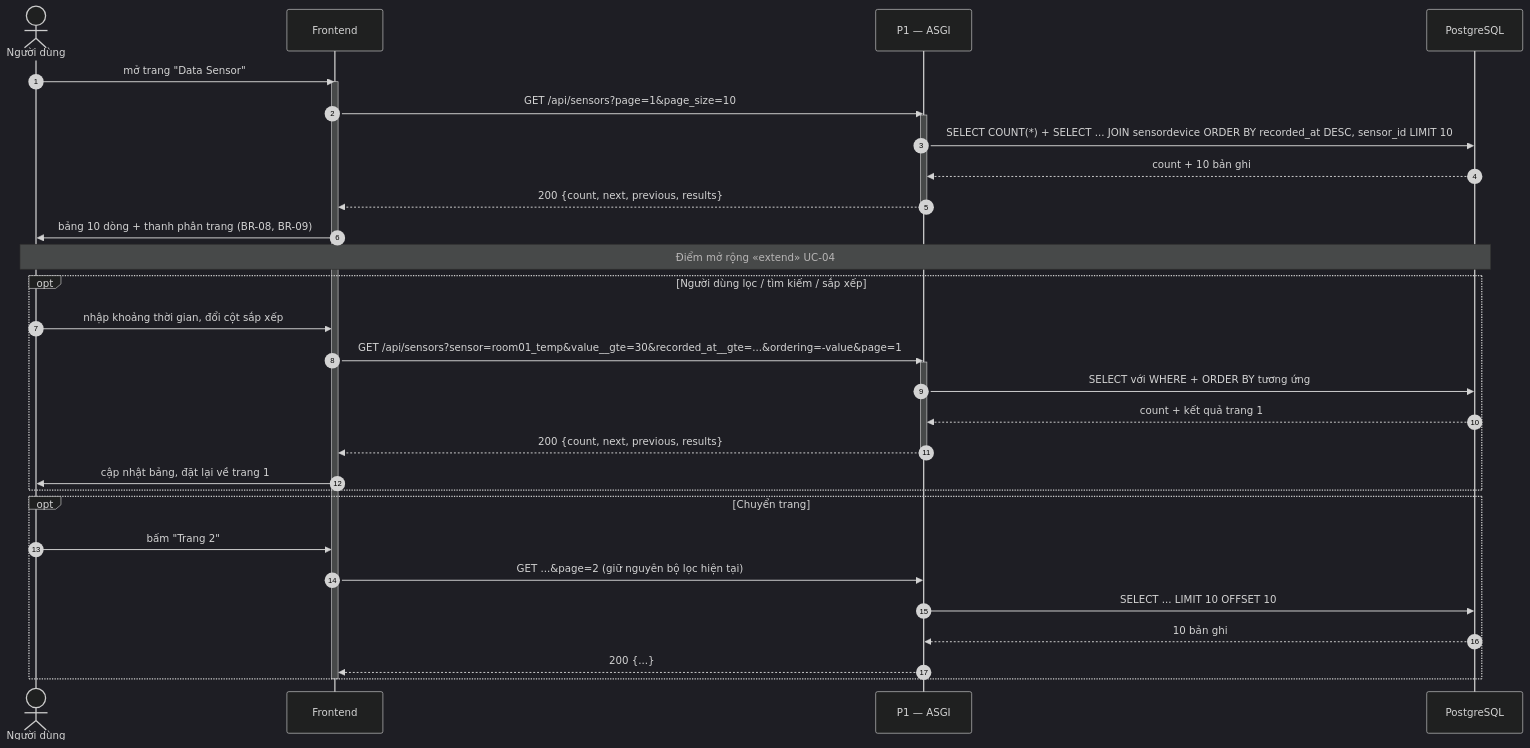
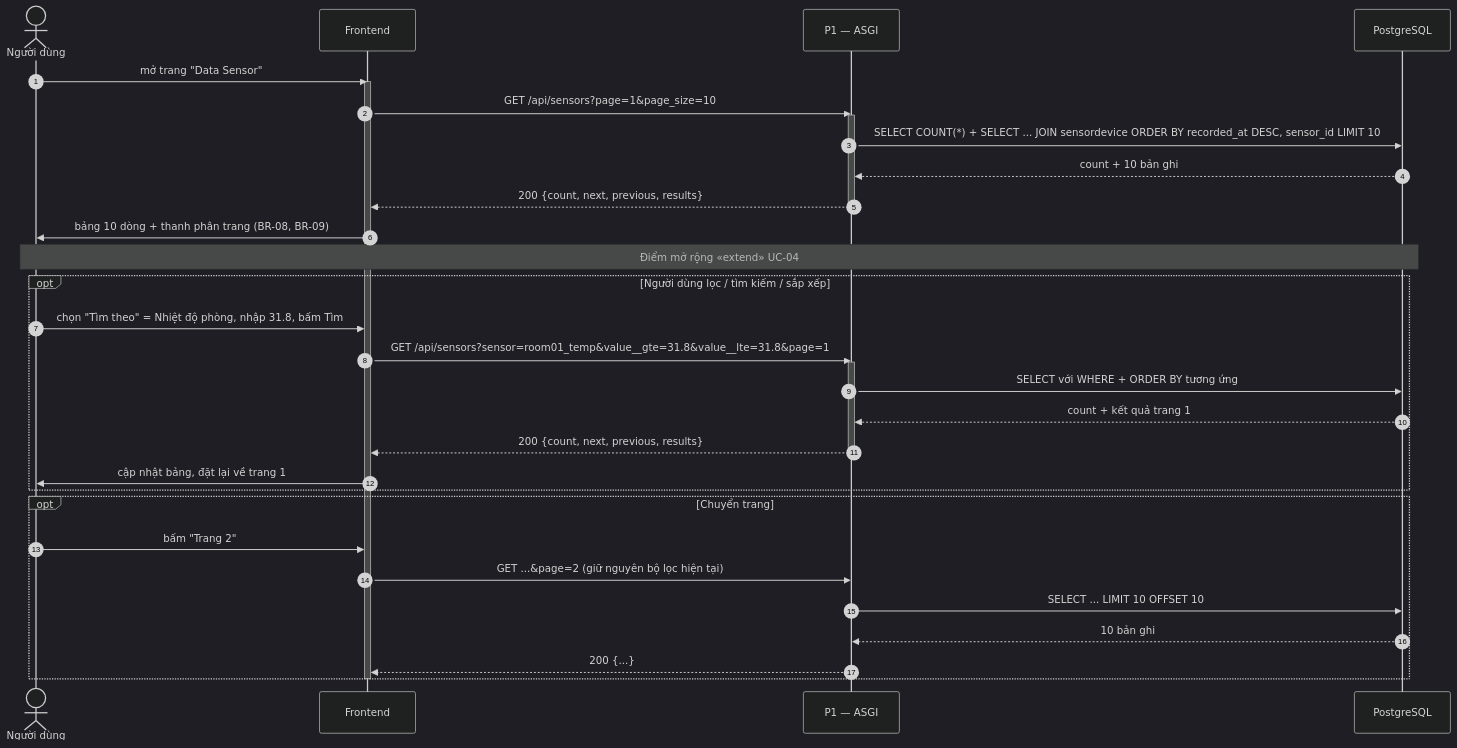
One commit to B23DCAT011/IOT changed diagram 13 of 13 in docs/03-Sequence.md. Above: the diagram before and after it, drawn with Mermaid (dark theme). The commit also changed other lines of this file and 13 other files, not shown here.

````diff
--- a/docs/03-Sequence.md
+++ b/docs/03-Sequence.md
@@ -869,40 +868,40 @@
 ```mermaid
 sequenceDiagram
     autonumber
     actor User as Người dùng
     participant FE as Frontend
     participant P1 as P1 — ASGI
     participant DB as PostgreSQL
 
     User->>FE: mở trang "Data Sensor"
     activate FE
     FE->>P1: GET /api/sensors?page=1&page_size=10
     activate P1
     P1->>DB: SELECT COUNT(*) + SELECT ... JOIN sensordevice ORDER BY recorded_at DESC, sensor_id LIMIT 10
     DB-->>P1: count + 10 bản ghi
     P1-->>FE: 200 {count, next, previous, results}
     deactivate P1
     FE->>User: bảng 10 dòng + thanh phân trang (BR-08, BR-09)
 
     Note over User,DB: Điểm mở rộng «extend» UC-04
 
     opt Người dùng lọc / tìm kiếm / sắp xếp
-        User->>FE: nhập khoảng thời gian, đổi cột sắp xếp
-        FE->>P1: GET /api/sensors?sensor=room01_temp&value__gte=30&recorded_at__gte=...&ordering=-value&page=1
+        User->>FE: chọn "Tìm theo" = Nhiệt độ phòng, nhập 31.8, bấm Tìm
+        FE->>P1: GET /api/sensors?sensor=room01_temp&value__gte=31.8&value__lte=31.8&page=1
         activate P1
         P1->>DB: SELECT với WHERE + ORDER BY tương ứng
         DB-->>P1: count + kết quả trang 1
         P1-->>FE: 200 {count, next, previous, results}
         deactivate P1
         FE->>User: cập nhật bảng, đặt lại về trang 1
     end
 
     opt Chuyển trang
         User->>FE: bấm "Trang 2"
         FE->>P1: GET ...&page=2 (giữ nguyên bộ lọc hiện tại)
         P1->>DB: SELECT ... LIMIT 10 OFFSET 10
         DB-->>P1: 10 bản ghi
         P1-->>FE: 200 {...}
     end
     deactivate FE
 ```
````
